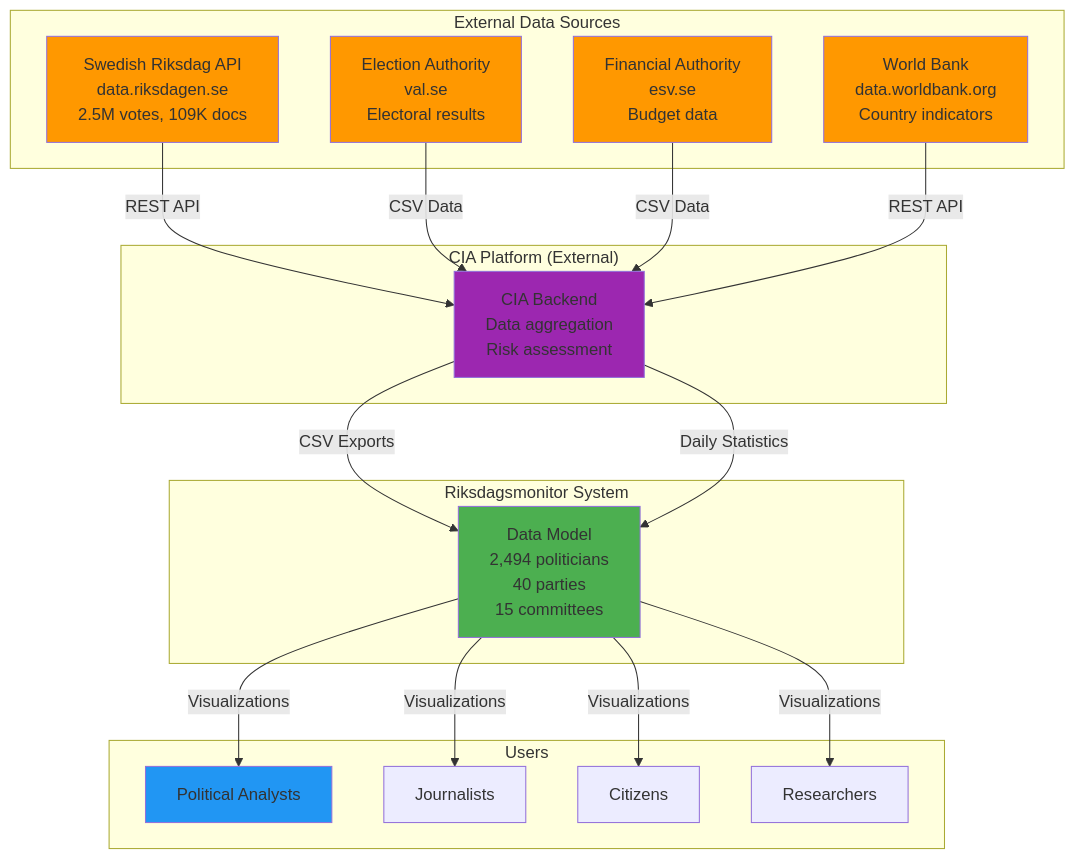
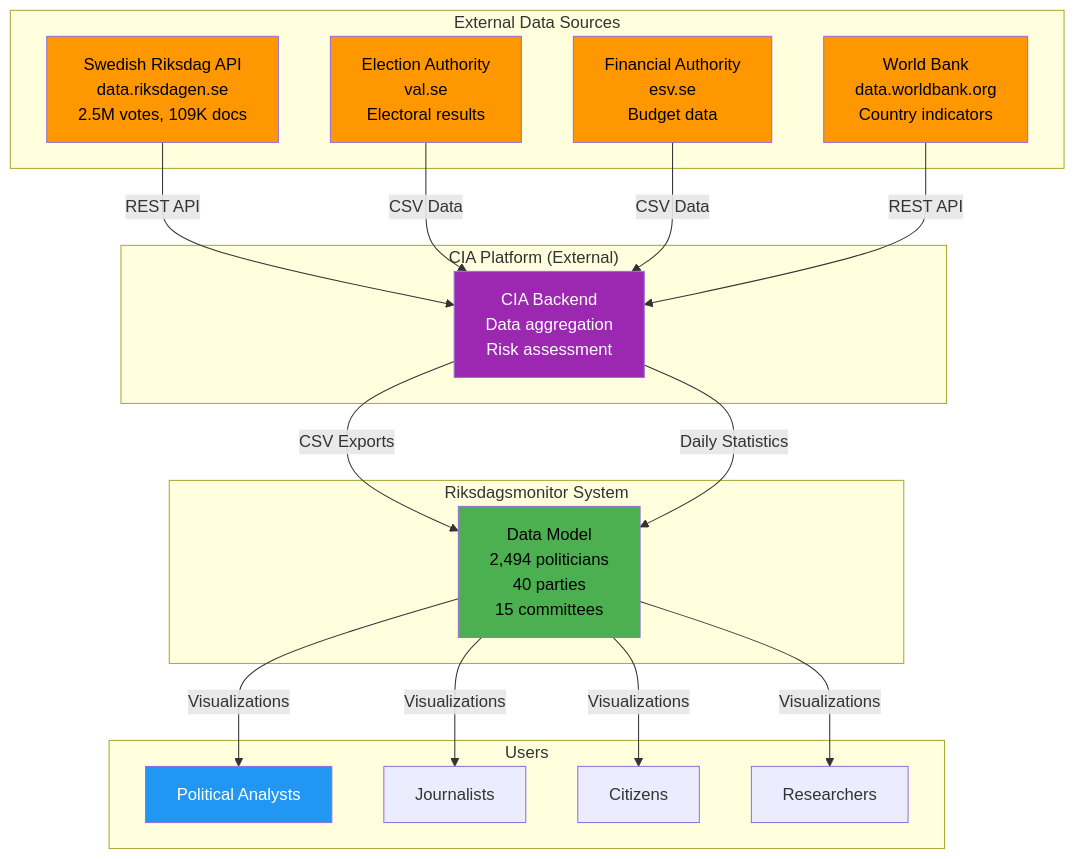
The eighth of 9 diagrams in DATA_MODEL.md (Hack23/riksdagsmonitor), drawn with Mermaid before and after one commit. The commit also changed other lines of this file and 11 other files, not shown here.

First line of the commit message:
Fix broken mermaid diagrams: SWOT gantt, quadrantChart theming, init quotes, text colors

````diff
--- a/DATA_MODEL.md
+++ b/DATA_MODEL.md
@@ -2286,45 +2286,45 @@
 ```mermaid
 graph TB
     subgraph "External Data Sources"
         Riksdag[Swedish Riksdag API<br/>data.riksdagen.se<br/>2.5M votes, 109K docs]
         Election[Election Authority<br/>val.se<br/>Electoral results]
         Finance[Financial Authority<br/>esv.se<br/>Budget data]
         WorldBank[World Bank<br/>data.worldbank.org<br/>Country indicators]
     end
     
     subgraph "Riksdagsmonitor System"
         System[Data Model<br/>2,494 politicians<br/>40 parties<br/>15 committees]
     end
     
     subgraph "CIA Platform (External)"
         CIA[CIA Backend<br/>Data aggregation<br/>Risk assessment]
     end
     
     subgraph "Users"
         Analyst[Political Analysts]
         Journalist[Journalists]
         Citizen[Citizens]
         Researcher[Researchers]
     end
     
     Riksdag -->|REST API| CIA
     Election -->|CSV Data| CIA
     Finance -->|CSV Data| CIA
     WorldBank -->|REST API| CIA
     
     CIA -->|CSV Exports| System
     CIA -->|Daily Statistics| System
     
     System -->|Visualizations| Analyst
     System -->|Visualizations| Journalist
     System -->|Visualizations| Citizen
     System -->|Visualizations| Researcher
     
-    style Riksdag fill:#ff9800
-    style Election fill:#ff9800
-    style Finance fill:#ff9800
-    style WorldBank fill:#ff9800
-    style CIA fill:#9c27b0
-    style System fill:#4caf50
-    style Analyst fill:#2196f3
+    style Riksdag fill:#ff9800,color:#000000
+    style Election fill:#ff9800,color:#000000
+    style Finance fill:#ff9800,color:#000000
+    style WorldBank fill:#ff9800,color:#000000
+    style CIA fill:#9c27b0,color:#ffffff
+    style System fill:#4caf50,color:#000000
+    style Analyst fill:#2196f3,color:#ffffff
 ```
````
